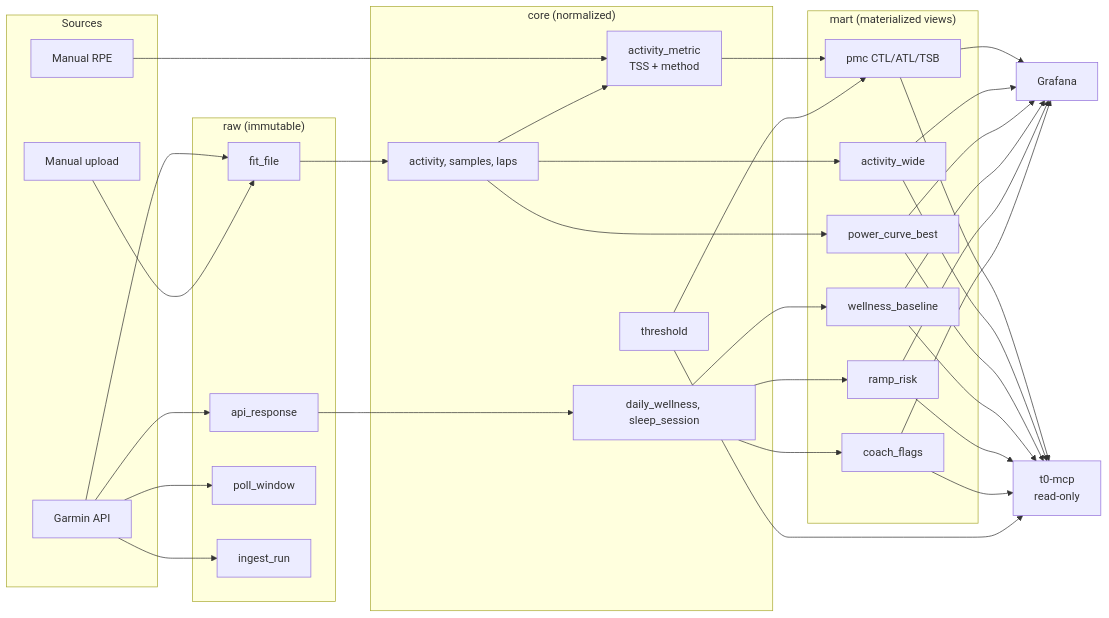
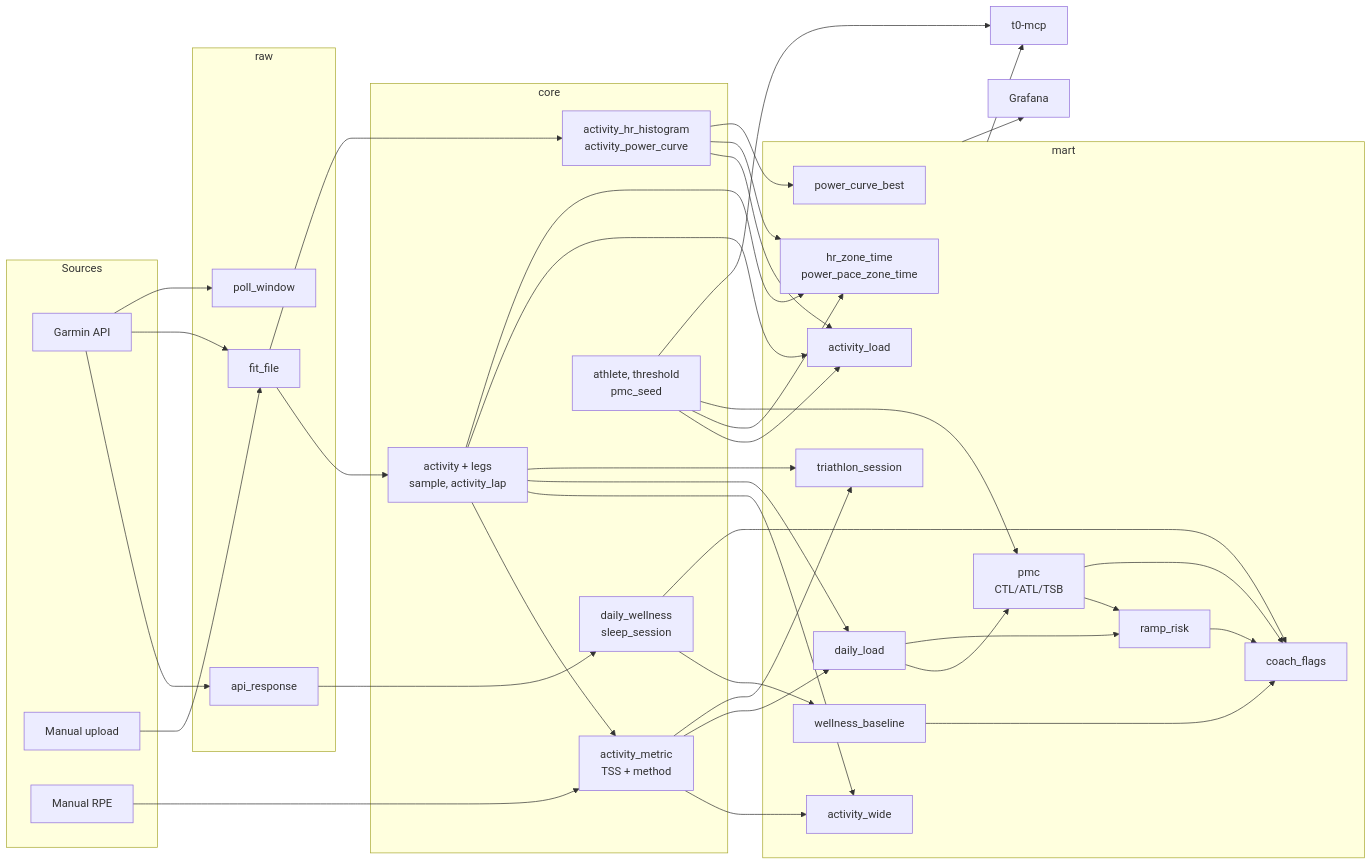
One commit to TheElysium/t0 changed the fourth of 4 diagrams in docs/ARCHITECTURE.md. Above: the diagram before and after it, drawn with Mermaid. The commit also changed other lines of this file, not shown here.

First line of the commit message:
docs: trim ARCHITECTURE, fix data model diagram

````diff
--- a/docs/ARCHITECTURE.md
+++ b/docs/ARCHITECTURE.md
@@ -147,44 +139,52 @@
 ```mermaid
 flowchart LR
-    subgraph Sources["Sources"]
+    subgraph SRC["Sources"]
         G[Garmin API]
         U[Manual upload]
         R[Manual RPE]
     end
 
-    subgraph RAW["raw (immutable)"]
+    subgraph RAW["raw"]
         api[api_response]
         fit[fit_file]
         pw[poll_window]
-        ir[ingest_run]
     end
 
-    subgraph CORE["core (normalized)"]
-        act[activity, samples, laps]
+    subgraph CORE["core"]
+        act[activity + legs<br/>sample, activity_lap]
         am[activity_metric<br/>TSS + method]
-        dw[daily_wellness, sleep_session]
-        th[threshold]
+        hist[activity_hr_histogram<br/>activity_power_curve]
+        dw[daily_wellness<br/>sleep_session]
+        ref[athlete, threshold<br/>pmc_seed]
     end
 
-    subgraph MART["mart (materialized views)"]
-        pmc[pmc CTL/ATL/TSB]
+    subgraph MART["mart"]
+        al[activity_load]
         aw[activity_wide]
-        pcurve[power_curve_best]
+        dl[daily_load]
+        pmc[pmc<br/>CTL/ATL/TSB]
+        rr[ramp_risk]
         wb[wellness_baseline]
-        rr[ramp_risk]
         cf[coach_flags]
+        pc[power_curve_best]
+        z[hr_zone_time<br/>power_pace_zone_time]
+        tri[triathlon_session]
     end
 
-    G --> api & fit & pw & ir
+    G --> api & fit & pw
     U --> fit
     R --> am
-    fit --> act
+    fit --> act & hist
     api --> dw
     act --> am
-    am & th --> pmc
-    act --> aw & pcurve
-    dw --> wb & rr & cf
+    act & am --> aw & dl & tri
+    act & hist & ref --> al & z
+    hist --> pc
+    dl & ref --> pmc
+    dl & pmc --> rr
+    dw --> wb
+    pmc & rr & wb & dw --> cf
 
-    pmc & aw & pcurve & wb & rr & cf --> GRAF[Grafana]
-    pmc & aw & pcurve & wb & rr & cf & th --> MCP[t0-mcp<br/>read-only]
+    MART --> GRAF[Grafana]
+    MART & ref --> MCPS[t0-mcp]
 ```
````
